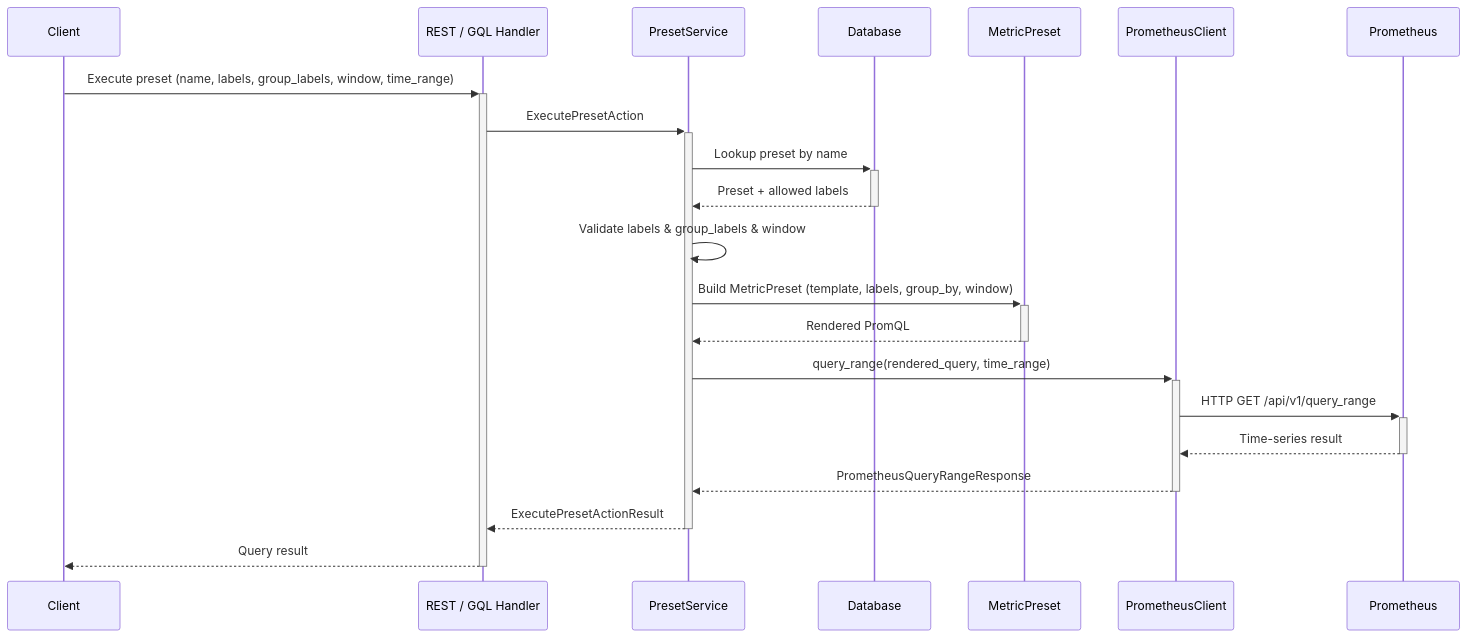
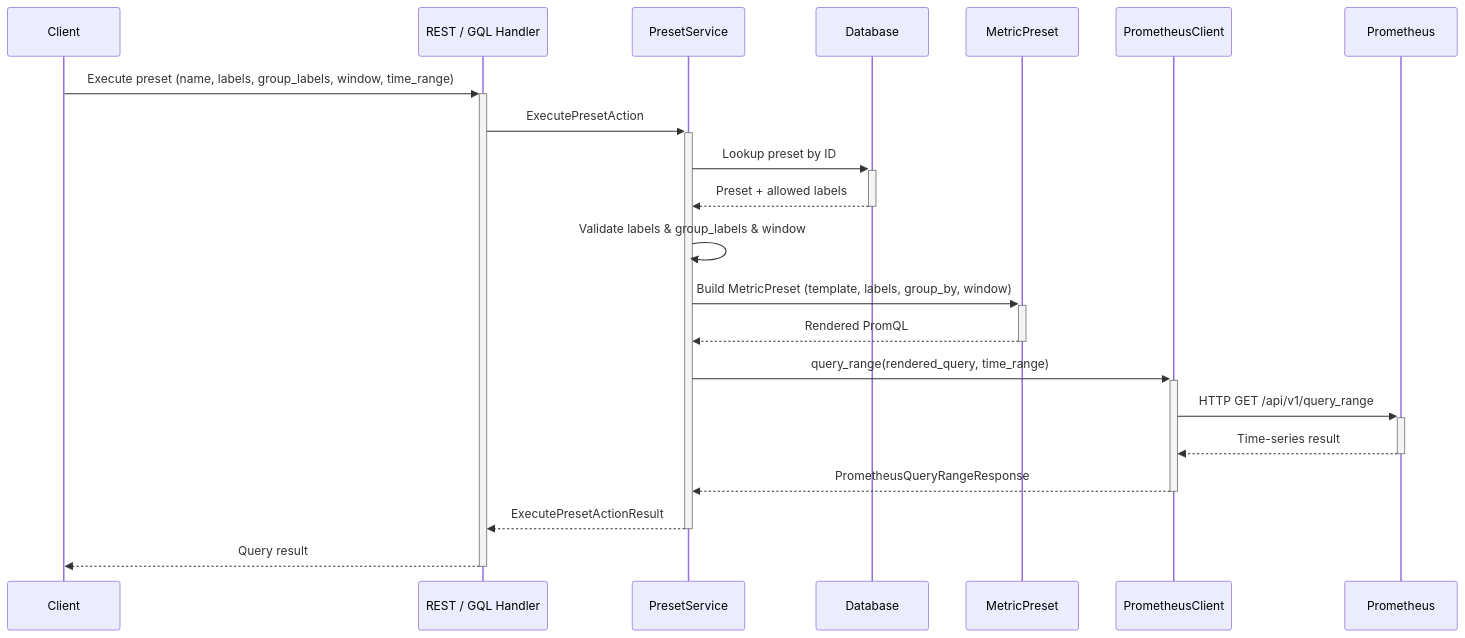
Before and after one commit to lablup/backend.ai: the diagram in proposals/BEP-1050-prometheus-query-preset-system.md, drawn with Mermaid. The commit also changed other lines of this file, not shown here.

Commit message:
fix: Change execute REST API call from name based to id based

````diff
--- a/proposals/BEP-1050-prometheus-query-preset-system.md
+++ b/proposals/BEP-1050-prometheus-query-preset-system.md
@@ -351,24 +351,24 @@
 ```mermaid
 sequenceDiagram
     participant Client
     participant Handler as REST / GQL Handler
     participant Service as PresetService
     participant DB as Database
     participant Preset as MetricPreset
     participant Prom as PrometheusClient
     participant PromServer as Prometheus
 
     Client->>+Handler: Execute preset (name, labels, group_labels, window, time_range)
     Handler->>+Service: ExecutePresetAction
-    Service->>+DB: Lookup preset by name
+    Service->>+DB: Lookup preset by ID
     DB-->>-Service: Preset + allowed labels
     Service->>Service: Validate labels & group_labels & window
     Service->>+Preset: Build MetricPreset (template, labels, group_by, window)
     Preset-->>-Service: Rendered PromQL
     Service->>+Prom: query_range(rendered_query, time_range)
     Prom->>+PromServer: HTTP GET /api/v1/query_range
     PromServer-->>-Prom: Time-series result
     Prom-->>-Service: PrometheusQueryRangeResponse
     Service-->>-Handler: ExecutePresetActionResult
     Handler-->>-Client: Query result
 ```
````
